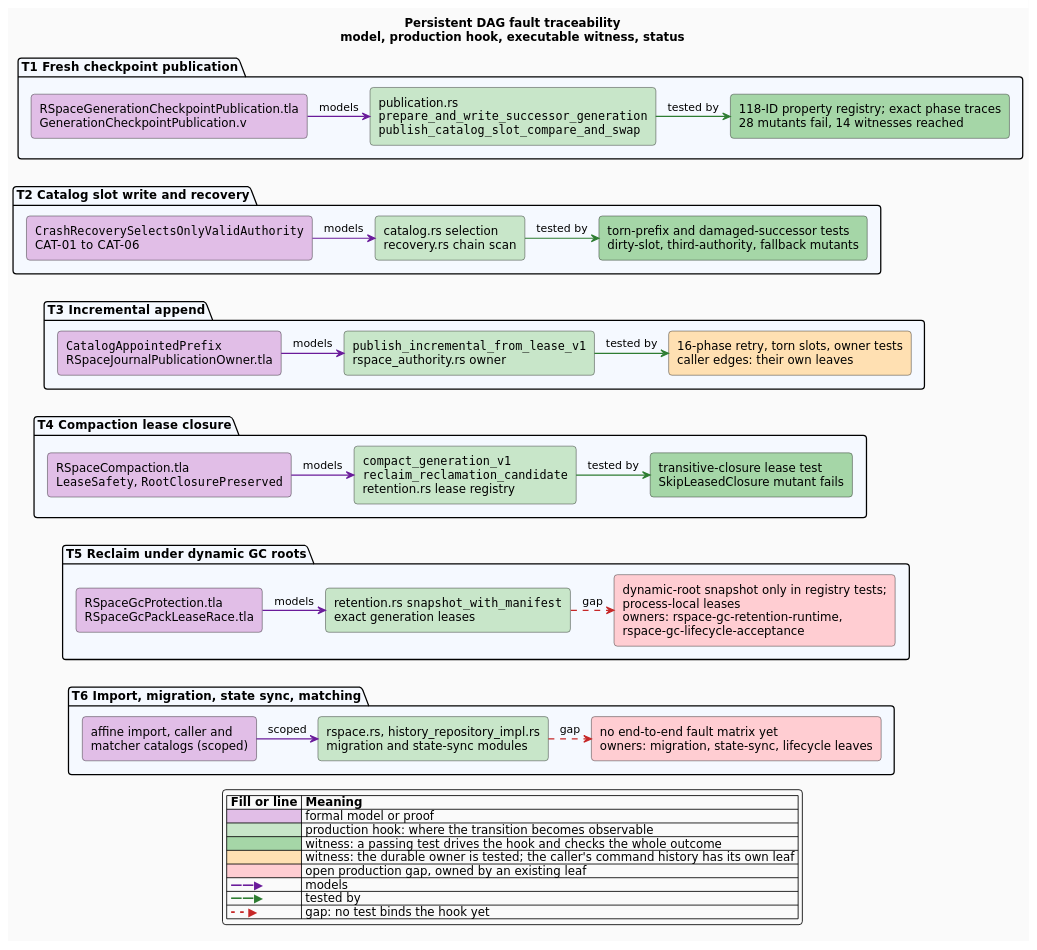
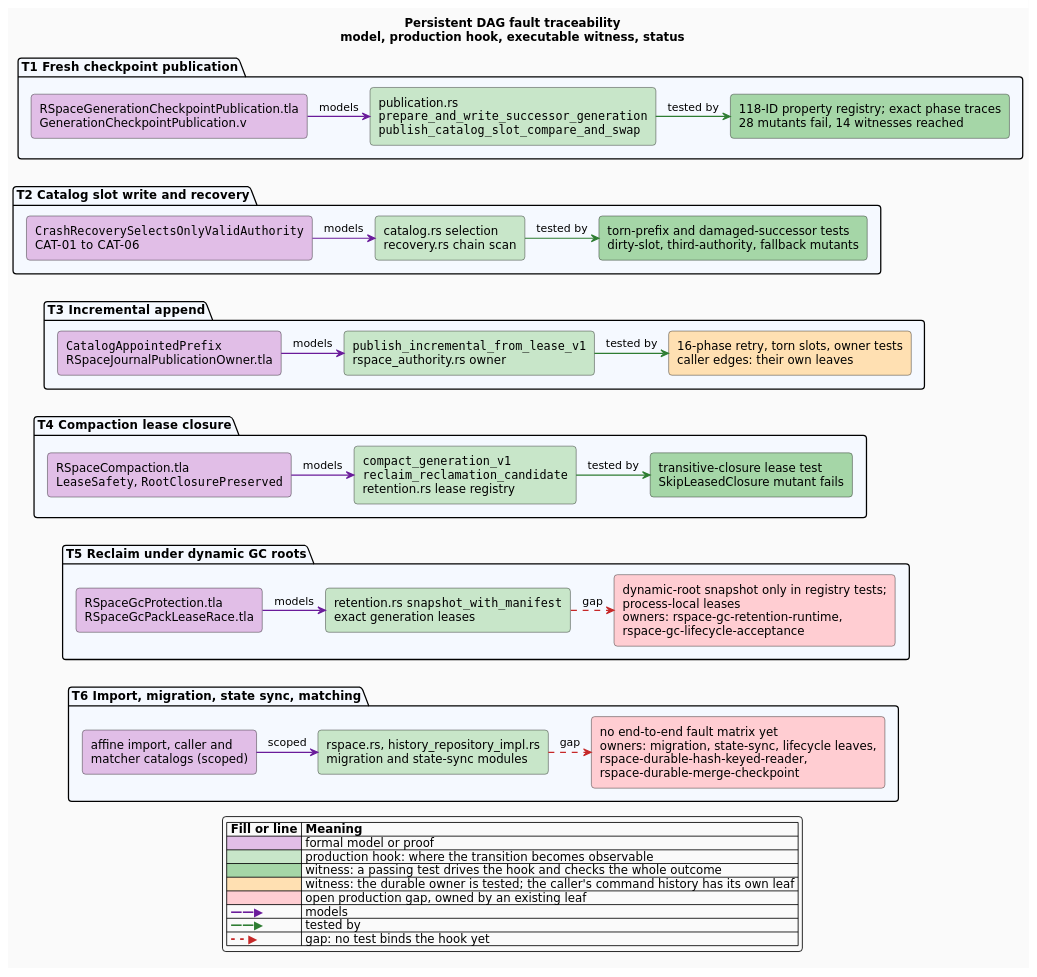
One commit to F1R3FLY-io/f1r3node-rust changed the diagram in docs/design/pathmap/figures/dag-formal-fault-traceability.puml. Above: the diagram before and after it, drawn with PlantUML. The commit also changed 2 other files, not shown here.

```diff
--- a/docs/design/pathmap/figures/dag-formal-fault-traceability.puml
+++ b/docs/design/pathmap/figures/dag-formal-fault-traceability.puml
@@ -1,84 +1,84 @@
 @startuml dag-formal-fault-traceability
 ' ============================================================================
 ' Persistent DAG formal-fault traceability (task 5692): for each transition,
 ' its model, its production hook, its executable witness, and its status.
 '   PURPLE #6A1B9A  formal model or proof
 '   GREEN  #2E7D32  production hook
 '   witness fill:
 '     #A5D6A7 green  a passing test drives the hook and checks the whole outcome
 '     #FFE0B2 amber  the durable owner is tested; the caller's command history
 '                    has its own leaf
 '     #FFCDD2 red    an open production gap, owned by an existing leaf
 ' ============================================================================
 skinparam backgroundColor #FAFAFA
 skinparam defaultFontName "DejaVu Sans"
 skinparam shadowing false
 skinparam roundcorner 8
 skinparam ArrowThickness 1.4
 skinparam ranksep 18
 skinparam nodesep 26
 
 title <b>Persistent DAG fault traceability</b>\nmodel, production hook, executable witness, status
 
 package "T1  Fresh checkpoint publication" as P1 #F5F9FF {
   rectangle "RSpaceGenerationCheckpointPublication.tla\nGenerationCheckpointPublication.v" as M1 #E1BEE7
   rectangle "publication.rs\n<font:monospaced>prepare_and_write_successor_generation</font>\n<font:monospaced>publish_catalog_slot_compare_and_swap</font>" as H1 #C8E6C9
   rectangle "118-ID property registry; exact phase traces\n28 mutants fail, 14 witnesses reached" as W1 #A5D6A7
 }
 package "T2  Catalog slot write and recovery" as P2 #F5F9FF {
   rectangle "<font:monospaced>CrashRecoverySelectsOnlyValidAuthority</font>\nCAT-01 to CAT-06" as M2 #E1BEE7
   rectangle "catalog.rs selection\nrecovery.rs chain scan" as H2 #C8E6C9
   rectangle "torn-prefix and damaged-successor tests\ndirty-slot, third-authority, fallback mutants" as W2 #A5D6A7
 }
 package "T3  Incremental append" as P3 #F5F9FF {
   rectangle "<font:monospaced>CatalogAppointedPrefix</font>\nRSpaceJournalPublicationOwner.tla" as M3 #E1BEE7
   rectangle "<font:monospaced>publish_incremental_from_lease_v1</font>\nrspace_authority.rs owner" as H3 #C8E6C9
   rectangle "16-phase retry, torn slots, owner tests\ncaller edges: their own leaves" as W3 #FFE0B2
 }
 package "T4  Compaction lease closure" as P4 #F5F9FF {
   rectangle "RSpaceCompaction.tla\n<font:monospaced>LeaseSafety</font>, <font:monospaced>RootClosurePreserved</font>" as M4 #E1BEE7
   rectangle "<font:monospaced>compact_generation_v1</font>\n<font:monospaced>reclaim_reclamation_candidate</font>\nretention.rs lease registry" as H4 #C8E6C9
   rectangle "transitive-closure lease test\nSkipLeasedClosure mutant fails" as W4 #A5D6A7
 }
 package "T5  Reclaim under dynamic GC roots" as P5 #F5F9FF {
   rectangle "RSpaceGcProtection.tla\nRSpaceGcPackLeaseRace.tla" as M5 #E1BEE7
   rectangle "retention.rs <font:monospaced>snapshot_with_manifest</font>\nexact generation leases" as H5 #C8E6C9
   rectangle "dynamic-root snapshot only in registry tests;\nprocess-local leases\nowners: rspace-gc-retention-runtime,\nrspace-gc-lifecycle-acceptance" as W5 #FFCDD2
 }
 package "T6  Import, migration, state sync, matching" as P6 #F5F9FF {
   rectangle "affine import, caller and\nmatcher catalogs (scoped)" as M6 #E1BEE7
   rectangle "rspace.rs, history_repository_impl.rs\nmigration and state-sync modules" as H6 #C8E6C9
-  rectangle "no end-to-end fault matrix yet\nowners: migration, state-sync, lifecycle leaves" as W6 #FFCDD2
+  rectangle "no end-to-end fault matrix yet\nowners: migration, state-sync, lifecycle leaves,\nrspace-durable-hash-keyed-reader,\nrspace-durable-merge-checkpoint" as W6 #FFCDD2
 }
 
 M1 -right[#6A1B9A]-> H1 : models
 H1 -right[#2E7D32]-> W1 : tested by
 M2 -right[#6A1B9A]-> H2 : models
 H2 -right[#2E7D32]-> W2 : tested by
 M3 -right[#6A1B9A]-> H3 : models
 H3 -right[#2E7D32]-> W3 : tested by
 M4 -right[#6A1B9A]-> H4 : models
 H4 -right[#2E7D32]-> W4 : tested by
 M5 -right[#6A1B9A]-> H5 : models
 H5 -right[#C62828,dashed]-> W5 : gap
 M6 -right[#6A1B9A]-> H6 : scoped
 H6 -right[#C62828,dashed]-> W6 : gap
 
 M1 -[hidden]down-> M2
 M2 -[hidden]down-> M3
 M3 -[hidden]down-> M4
 M4 -[hidden]down-> M5
 M5 -[hidden]down-> M6
 
 legend bottom
   |= Fill or line |= Meaning |
   |<#E1BEE7> | formal model or proof |
   |<#C8E6C9> | production hook: where the transition becomes observable |
   |<#A5D6A7> | witness: a passing test drives the hook and checks the whole outcome |
   |<#FFE0B2> | witness: the durable owner is tested; the caller's command history has its own leaf |
   |<#FFCDD2> | open production gap, owned by an existing leaf |
   | <color:#6A1B9A><b>——▶</b></color> | models |
   | <color:#2E7D32><b>——▶</b></color> | tested by |
   | <color:#C62828><b>- - ▶</b></color> | gap: no test binds the hook yet |
 endlegend
 @enduml
```
